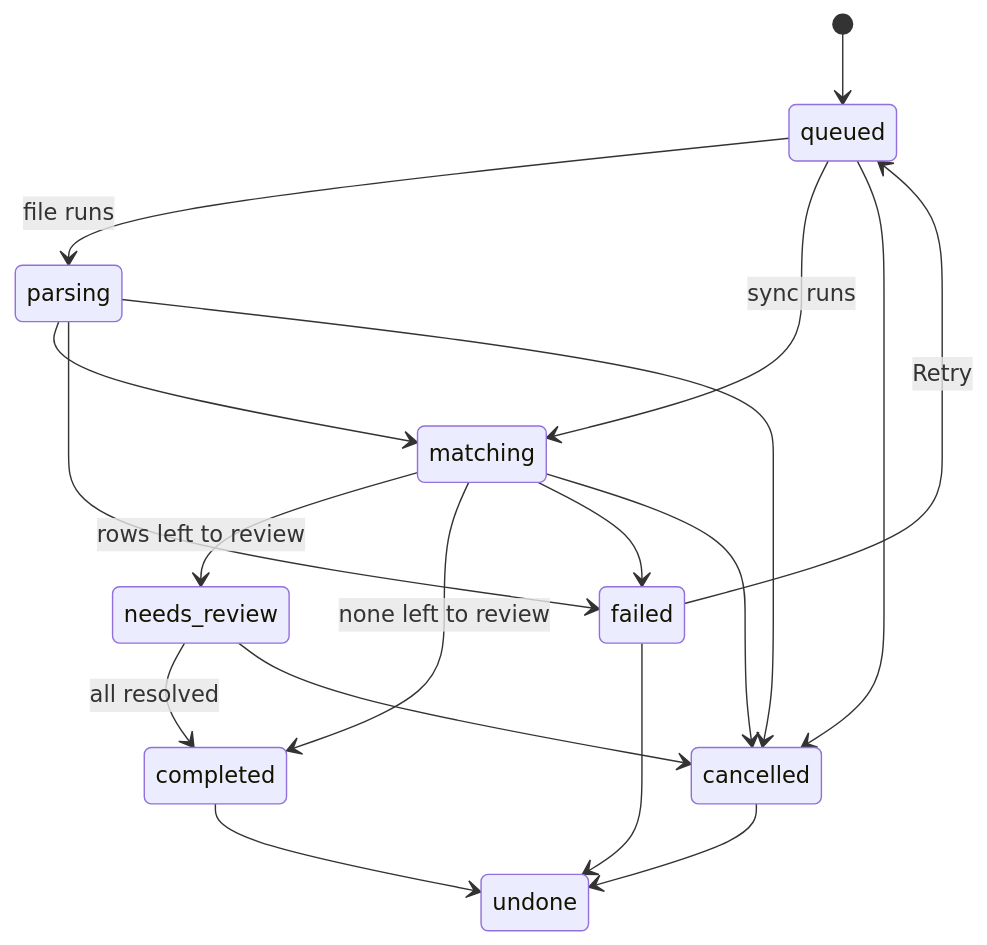
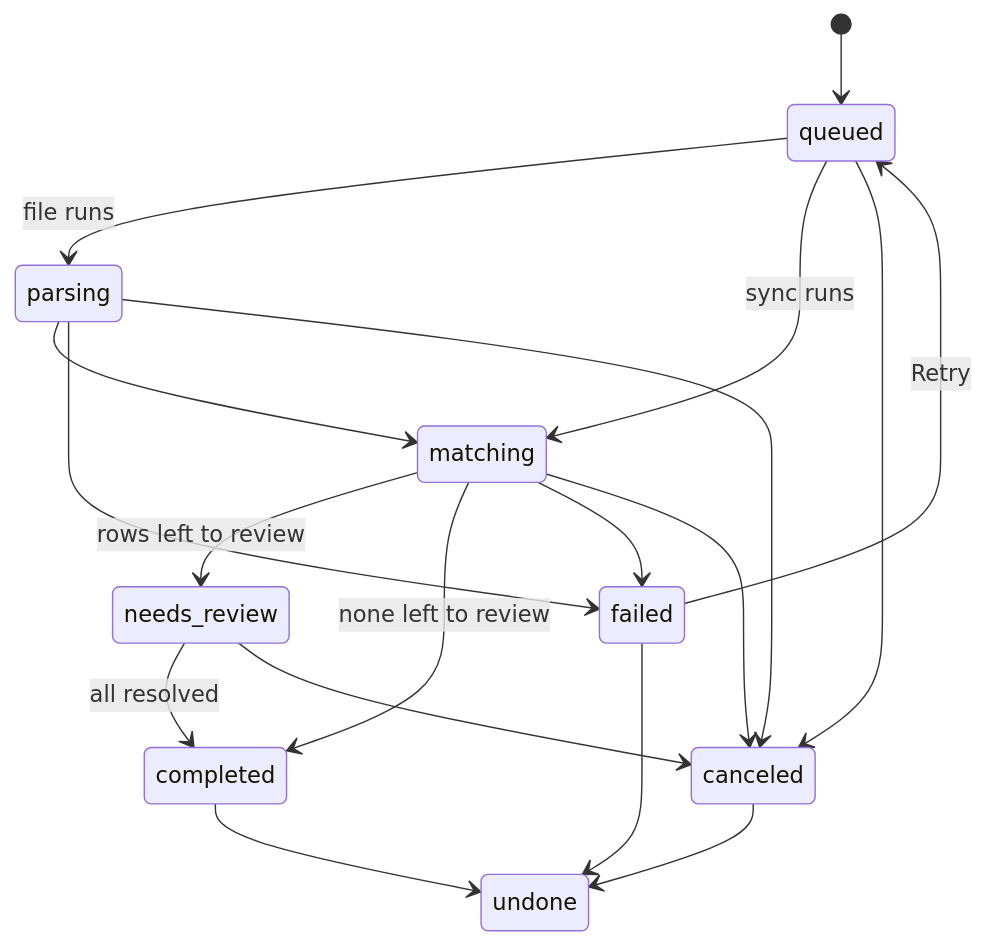
Before and after one commit to aellington89/synapse: the second of 2 diagrams in docs/design/phase-2-ingestion.md, drawn with Mermaid. The commit also changed other lines of this file and 4 other files, not shown here.

````diff
--- a/docs/design/phase-2-ingestion.md
+++ b/docs/design/phase-2-ingestion.md
@@ -385,20 +385,20 @@
 ```mermaid
 stateDiagram-v2
   [*] --> queued
   queued --> parsing: file runs
   queued --> matching: sync runs
   parsing --> matching
   parsing --> failed
   matching --> needs_review: rows left to review
   matching --> completed: none left to review
   matching --> failed
   needs_review --> completed: all resolved
   failed --> queued: Retry
-  queued --> cancelled
-  parsing --> cancelled
-  matching --> cancelled
-  needs_review --> cancelled
+  queued --> canceled
+  parsing --> canceled
+  matching --> canceled
+  needs_review --> canceled
   completed --> undone
   failed --> undone
-  cancelled --> undone
+  canceled --> undone
 ```
````
